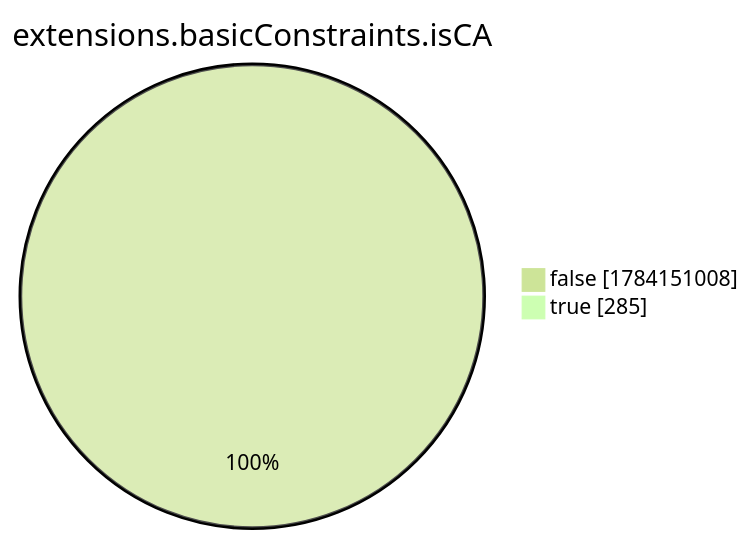
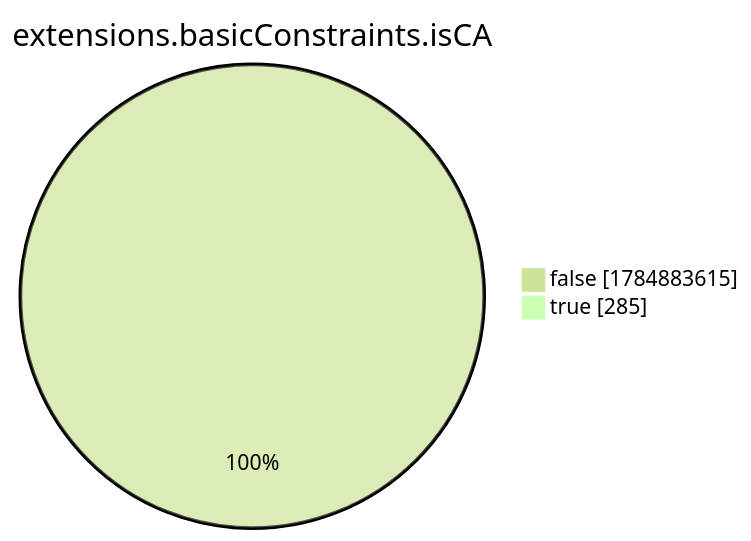
Before and after one commit to christiankrug/ctmonitor_visualization: the eighth of 15 diagrams in xenon2022/README.md, drawn with Mermaid (forest theme). The commit also changed other lines of this file, not shown here.

````diff
--- a/xenon2022/README.md
+++ b/xenon2022/README.md
@@ -2868,6 +2868,6 @@
 ```mermaid
 pie showData
 title extensions.basicConstraints.isCA
-"false" :1784151008
+"false" :1784883615
 "true" :285
 ```
````
